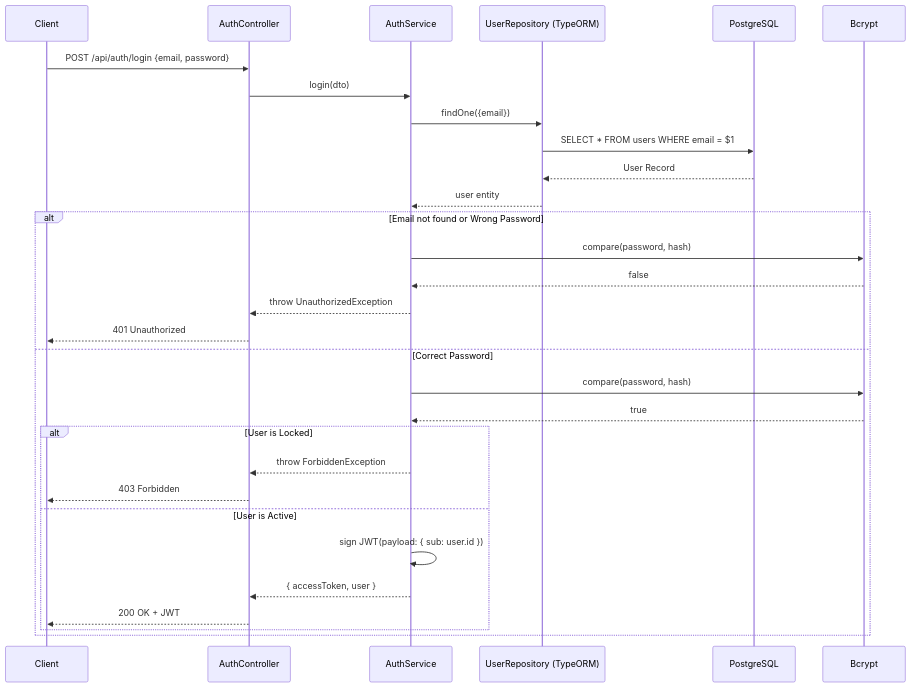
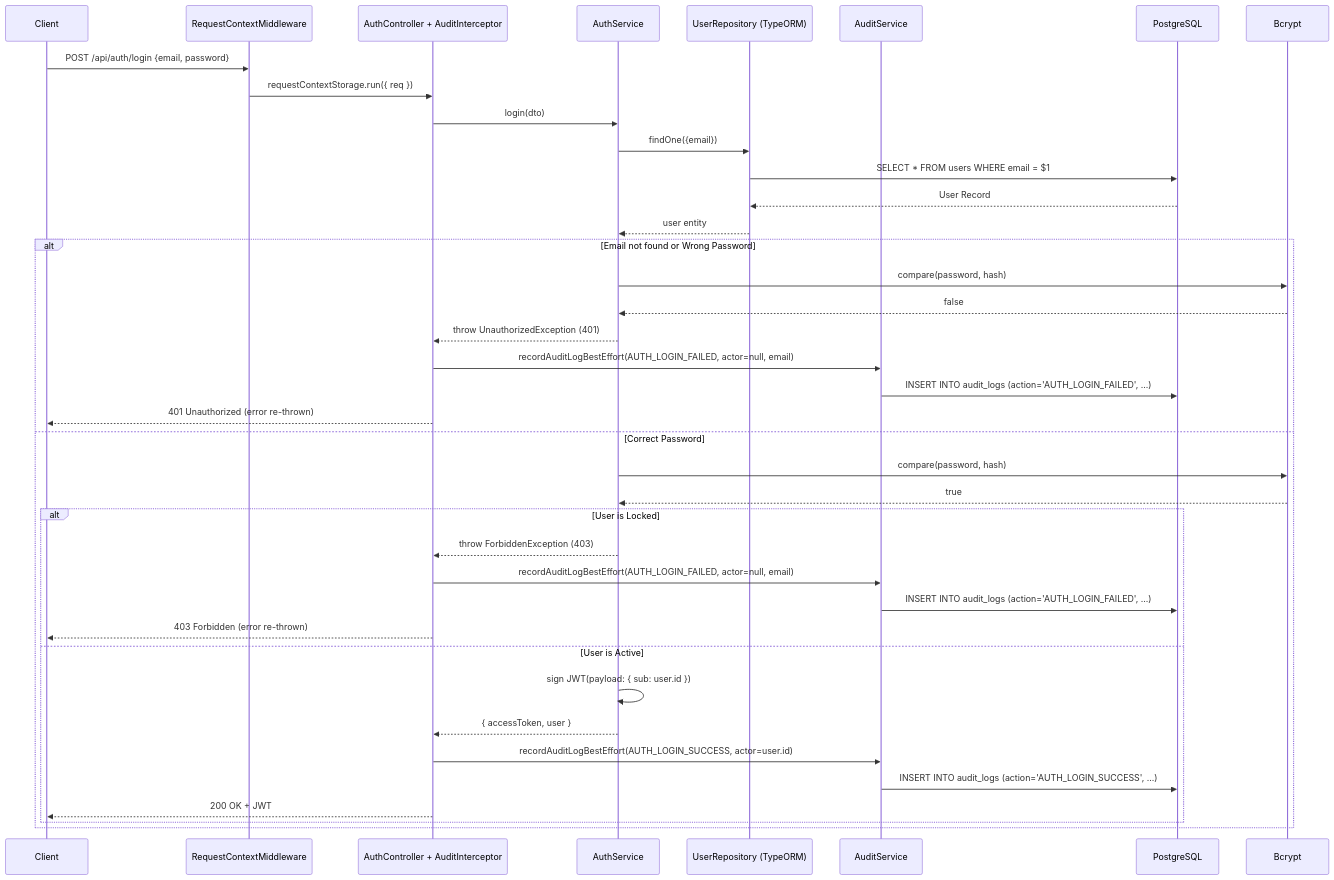
One commit to megapig5000/Banking-app changed the first of 4 diagrams in docs/sequence_diagrams.md. Above: the diagram before and after it, drawn with Mermaid. The commit also changed other lines of this file and 30 other files, not shown here.

Commit message:
docs: add rbac, admin api and audit trail docs, adr-014/015 and sequence diagram

````diff
--- a/docs/sequence_diagrams.md
+++ b/docs/sequence_diagrams.md
@@ -5,35 +5,44 @@
 ```mermaid
 sequenceDiagram
     participant Client
-    participant Controller as AuthController
+    participant MW as RequestContextMiddleware
+    participant Controller as AuthController + AuditInterceptor
     participant Service as AuthService
     participant Repo as UserRepository (TypeORM)
+    participant Audit as AuditService
     participant DB as PostgreSQL
     participant Bcrypt
 
-    Client->>Controller: POST /api/auth/login {email, password}
+    Client->>MW: POST /api/auth/login {email, password}
+    MW->>Controller: requestContextStorage.run({ req })
     Controller->>Service: login(dto)
     Service->>Repo: findOne({email})
     Repo->>DB: SELECT * FROM users WHERE email = $1
     DB-->>Repo: User Record
     Repo-->>Service: user entity
 
     alt Email not found or Wrong Password
         Service->>Bcrypt: compare(password, hash)
         Bcrypt-->>Service: false
-        Service-->>Controller: throw UnauthorizedException
-        Controller-->>Client: 401 Unauthorized
+        Service-->>Controller: throw UnauthorizedException (401)
+        Controller->>Audit: recordAuditLogBestEffort(AUTH_LOGIN_FAILED, actor=null, email)
+        Audit->>DB: INSERT INTO audit_logs (action='AUTH_LOGIN_FAILED', ...)
+        Controller-->>Client: 401 Unauthorized (error re-thrown)
     else Correct Password
         Service->>Bcrypt: compare(password, hash)
         Bcrypt-->>Service: true
 
         alt User is Locked
-            Service-->>Controller: throw ForbiddenException
-            Controller-->>Client: 403 Forbidden
+            Service-->>Controller: throw ForbiddenException (403)
+            Controller->>Audit: recordAuditLogBestEffort(AUTH_LOGIN_FAILED, actor=null, email)
+            Audit->>DB: INSERT INTO audit_logs (action='AUTH_LOGIN_FAILED', ...)
+            Controller-->>Client: 403 Forbidden (error re-thrown)
         else User is Active
             Service->>Service: sign JWT(payload: { sub: user.id })
             Service-->>Controller: { accessToken, user }
+            Controller->>Audit: recordAuditLogBestEffort(AUTH_LOGIN_SUCCESS, actor=user.id)
+            Audit->>DB: INSERT INTO audit_logs (action='AUTH_LOGIN_SUCCESS', ...)
             Controller-->>Client: 200 OK + JWT
         end
     end
 ```
````
